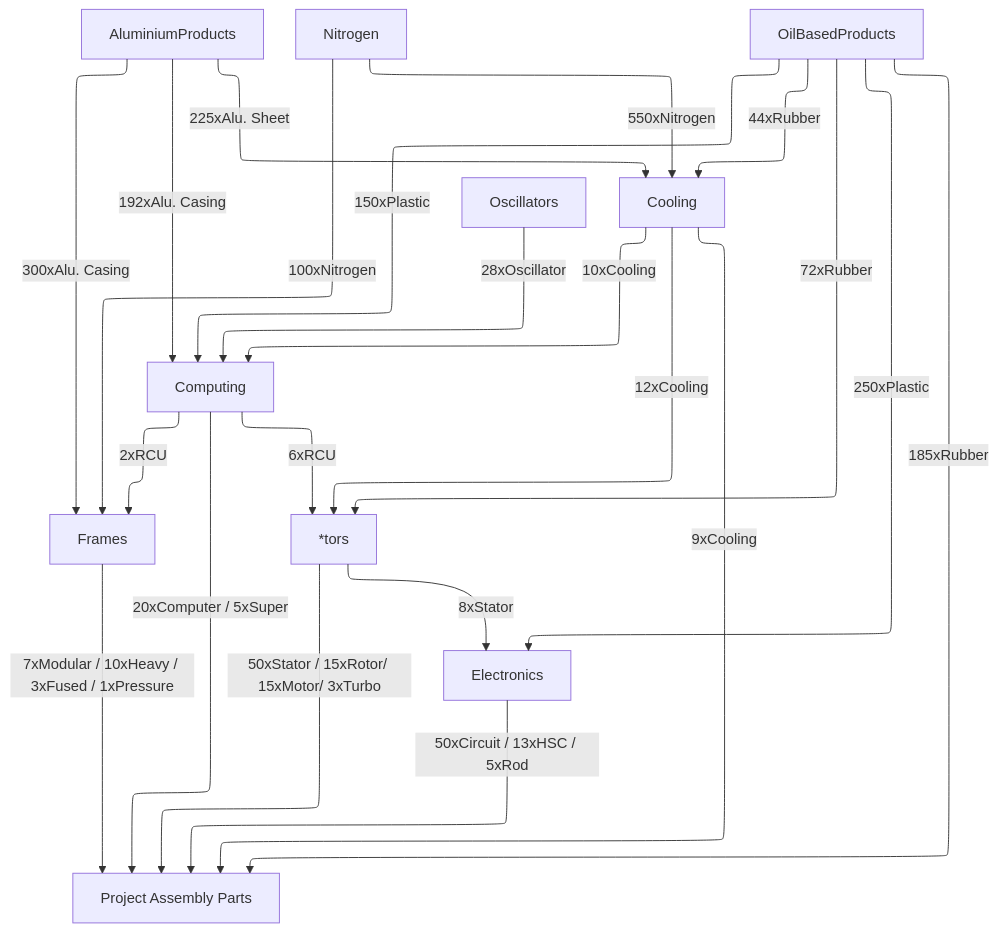
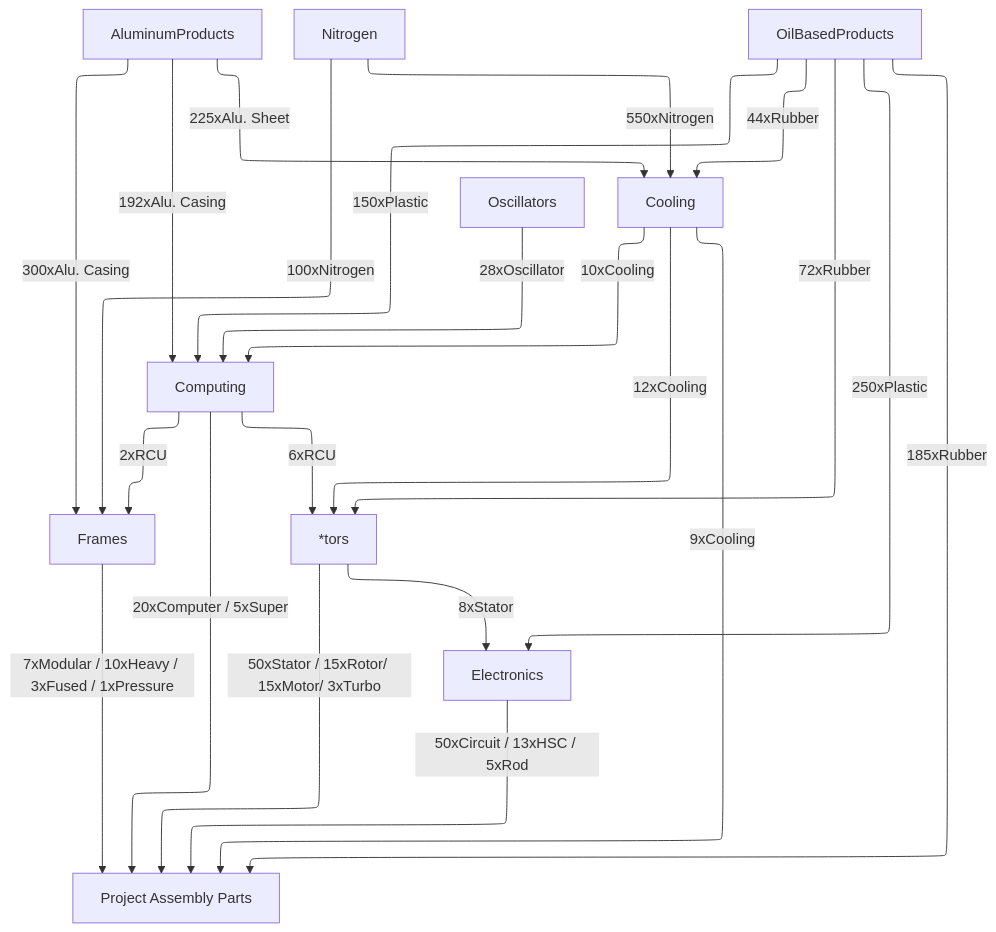
Before and after one commit to totobest/satis-master-plan: the diagram in src/train_connections.mermaid, drawn with Mermaid. The commit also changed 1 other file, not shown here.

```diff
--- a/src/train_connections.mermaid
+++ b/src/train_connections.mermaid
@@ -1,45 +1,45 @@
 ---
 config:
   layout: elk
 ---
 
 flowchart TD
 
-    AluminiumProducts
+    AluminumProducts
 
     Oscillators
 
     Nitrogen
 
-    AluminiumProducts -- 300xAlu. Casing --> Frames
+    AluminumProducts -- 300xAlu. Casing --> Frames
     Computing -- 2xRCU --> Frames
     Nitrogen -- 100xNitrogen --> Frames
     Frames
 
     OilBasedProducts -- 250xPlastic --> Electronics
     Motors -- 8xStator --> Electronics
     Electronics
 
     OilBasedProducts -- 72xRubber --> Motors
     Cooling -- 12xCooling --> Motors
     Computing -- 6xRCU --> Motors
     Motors["*tors"]
 
-    AluminiumProducts -- 225xAlu. Sheet --> Cooling
+    AluminumProducts -- 225xAlu. Sheet --> Cooling
     OilBasedProducts -- 44xRubber --> Cooling
     Nitrogen -- 550xNitrogen --> Cooling
     Cooling
 
     OilBasedProducts -- 150xPlastic --> Computing
     Oscillators -- 28xOscillator --> Computing
-    AluminiumProducts -- 192xAlu. Casing --> Computing
+    AluminumProducts -- 192xAlu. Casing --> Computing
     Cooling -- 10xCooling--> Computing
     Computing
 
     OilBasedProducts -- 185xRubber --> ProjectAssembly
     Motors -- 50xStator / 15xRotor/ 15xMotor/ 3xTurbo --> ProjectAssembly
     Frames -- 7xModular / 10xHeavy / 3xFused / 1xPressure --> ProjectAssembly
     Electronics -- 50xCircuit / 13xHSC / 5xRod --> ProjectAssembly
     Cooling -- 9xCooling--> ProjectAssembly
     Computing -- 20xComputer / 5xSuper --> ProjectAssembly
     ProjectAssembly["Project Assembly Parts"]
```
